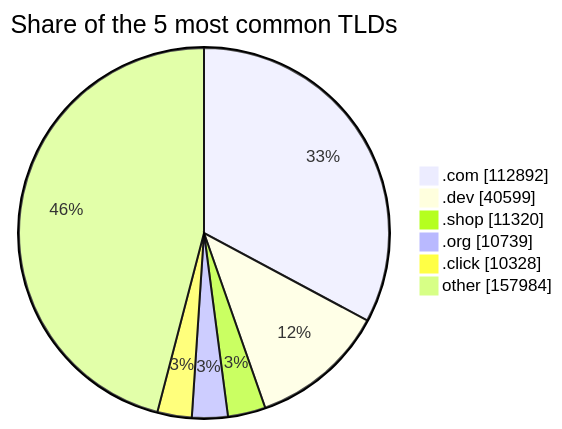
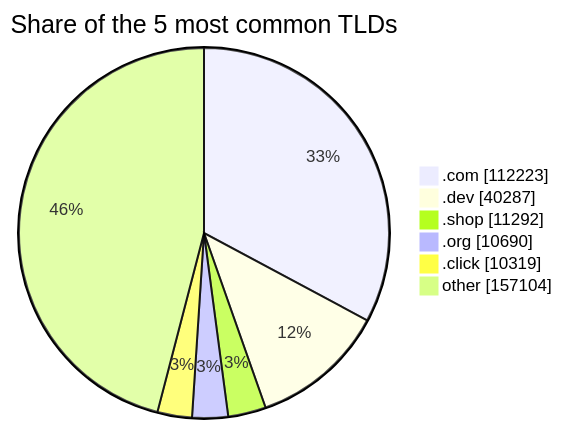
Before and after one commit to DNSBunker/CTI: the third of 3 diagrams in README.md, drawn with Mermaid. The commit also changed other lines of this file and 3 other files, not shown here.

````diff
--- a/README.md
+++ b/README.md
@@ -81,9 +81,9 @@
 ```mermaid
 pie showData title Share of the 5 most common TLDs
-    ".com" : 112892
-    ".dev" : 40599
-    ".shop" : 11320
-    ".org" : 10739
-    ".click" : 10328
-    "other" : 157984
+    ".com" : 112223
+    ".dev" : 40287
+    ".shop" : 11292
+    ".org" : 10690
+    ".click" : 10319
+    "other" : 157104
 ```
````
